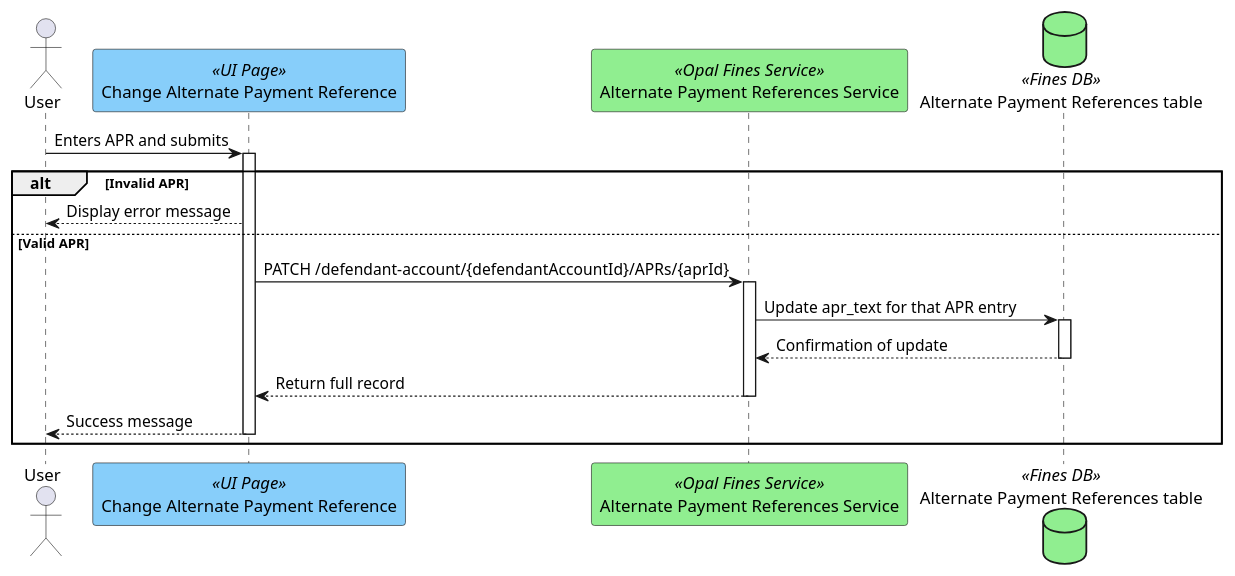
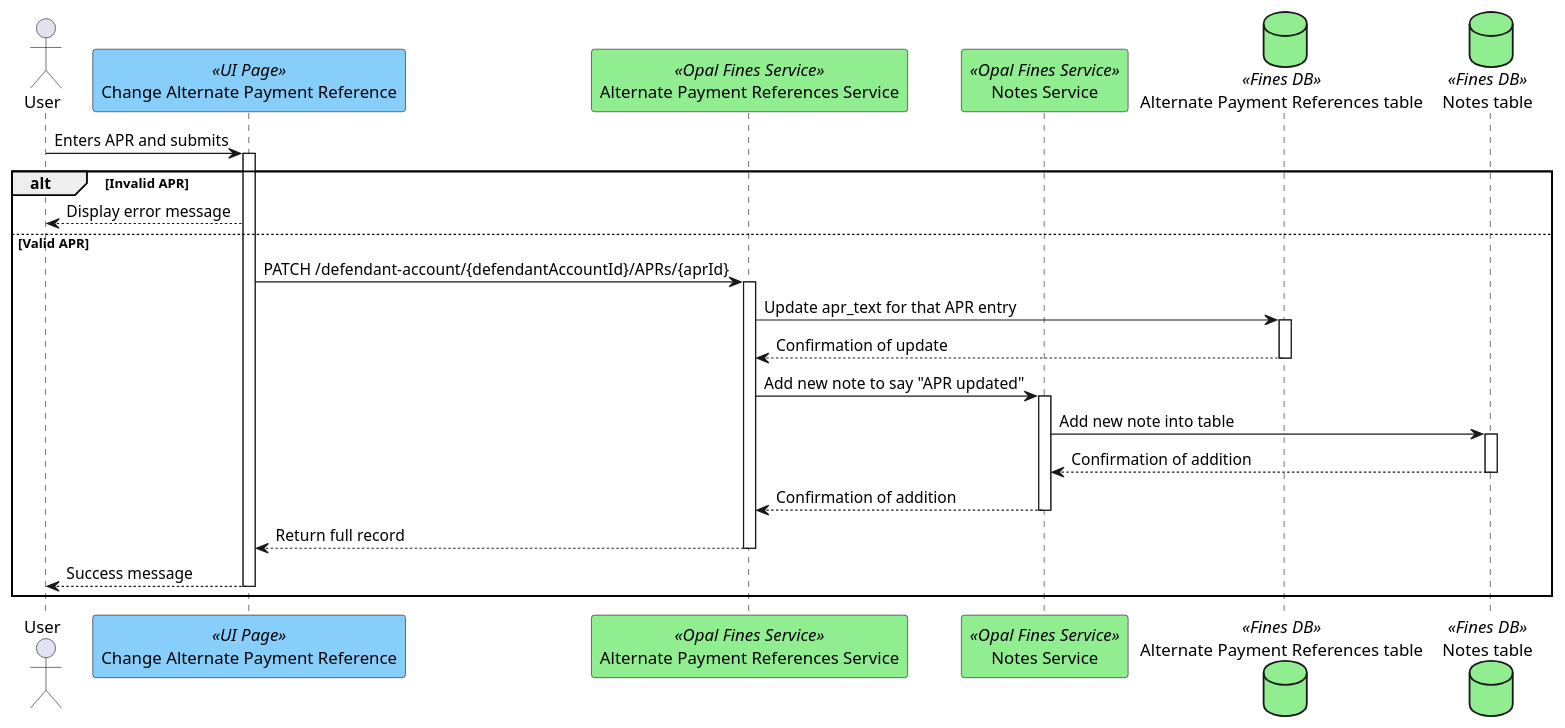
One commit to hmcts/opal-docs changed the diagram in plantUML/external-interfaces/update-apr.puml. Above: the diagram before and after it, drawn with PlantUML. The commit also changed 2 other files, not shown here.

Commit message:
Adding in notes table integration to CUD operations

```diff
--- a/plantUML/external-interfaces/update-apr.puml
+++ b/plantUML/external-interfaces/update-apr.puml
@@ -1,17 +1,23 @@
 @startuml
 actor "User" as user
 participant "Change Alternate Payment Reference" as uiPage <<UI Page>> #lightskyblue
 participant "Alternate Payment References Service" as alternatePaymentReferencesService <<Opal Fines Service>> #lightgreen
+participant "Notes Service" as notesService <<Opal Fines Service>> #lightgreen
 database "Alternate Payment References table" as aprTable <<Fines DB>>#lightgreen
+database "Notes table" as notesTable <<Fines DB>>#lightgreen
 
 user -> uiPage ++ : Enters APR and submits
 alt Invalid APR
     uiPage --> user : Display error message
 else Valid APR
     uiPage -> alternatePaymentReferencesService ++ : PATCH /defendant-account/{defendantAccountId}/APRs/{aprId}
     alternatePaymentReferencesService -> aprTable ++ : Update apr_text for that APR entry
     aprTable --> alternatePaymentReferencesService -- : Confirmation of update
+    alternatePaymentReferencesService -> notesService ++ : Add new note to say "APR updated"
+    notesService -> notesTable ++ : Add new note into table
+    notesTable --> notesService -- : Confirmation of addition
+    notesService --> alternatePaymentReferencesService -- : Confirmation of addition
     alternatePaymentReferencesService --> uiPage -- : Return full record
     uiPage --> user -- : Success message
 end
 @enduml
```
